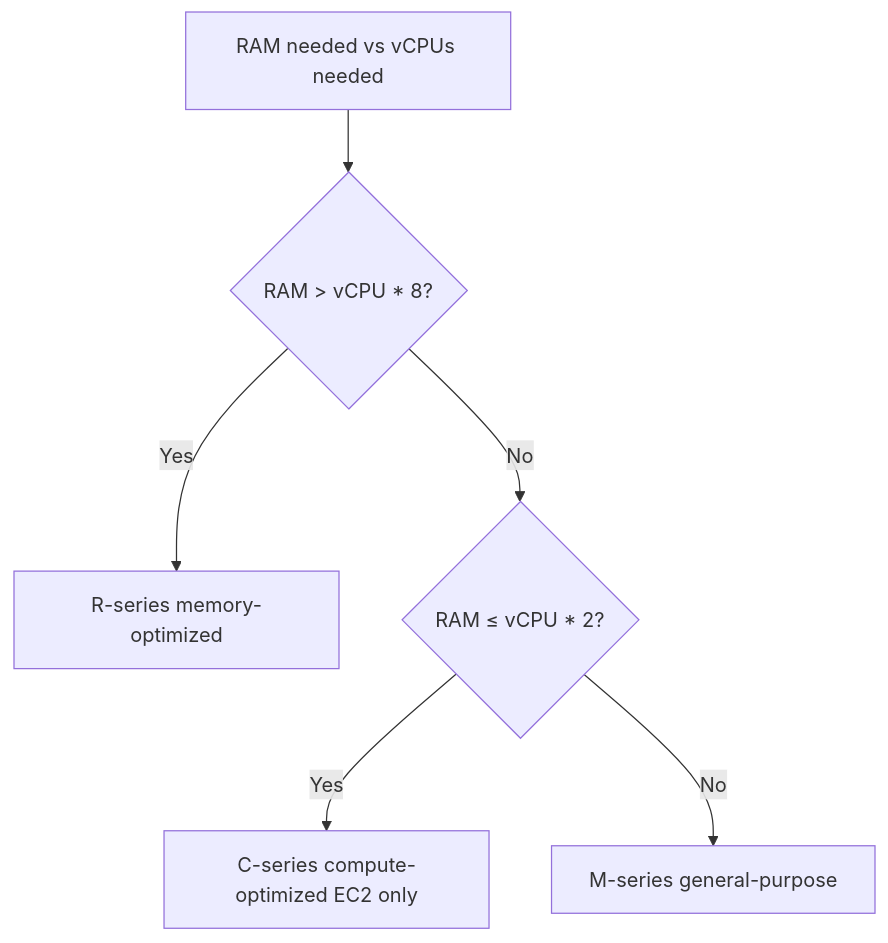
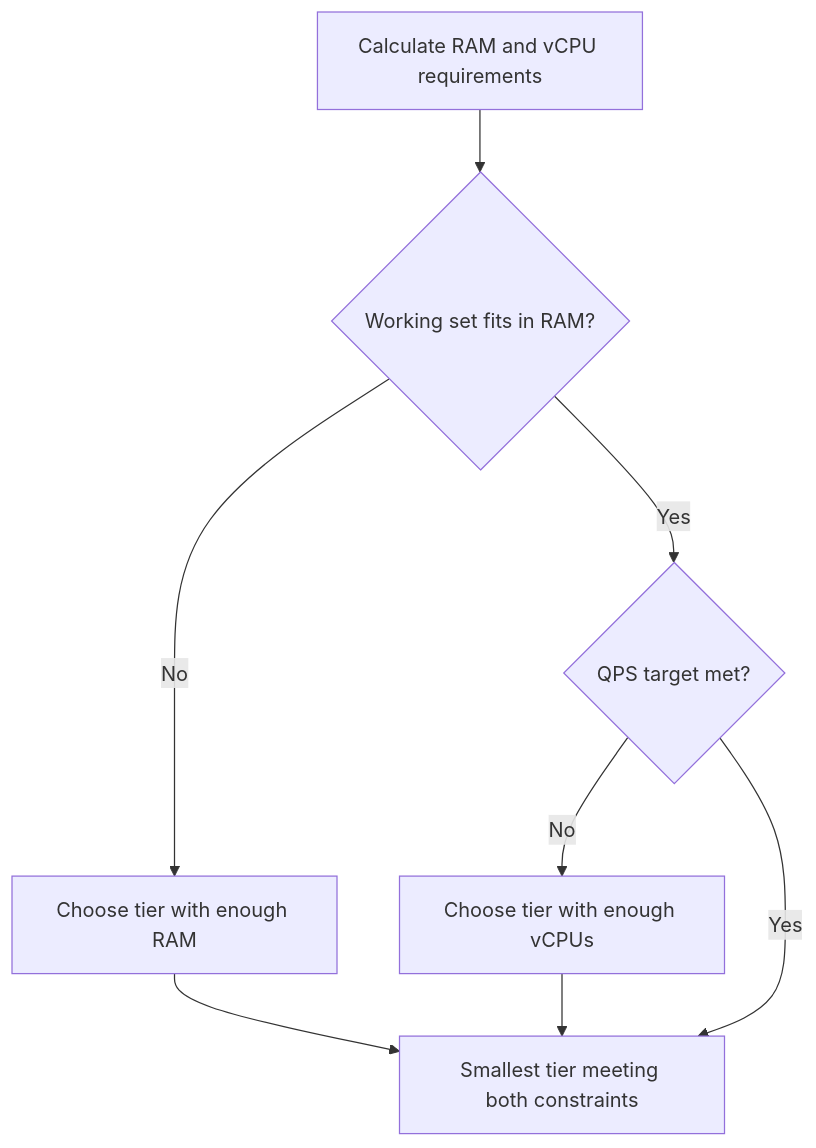
The third of 3 diagrams in pgvector-field-guide.md (dventimisupabase/congenial-umbrella), drawn with Mermaid before and after one commit. The commit also changed other lines of this file and 3 other files, not shown here.

````diff
--- a/pgvector-field-guide.md
+++ b/pgvector-field-guide.md
@@ -354,8 +344,10 @@
 ```mermaid
 flowchart TD
-    A[RAM needed vs vCPUs needed] --> B{RAM > vCPU * 8?}
-    B -->|Yes| C[R-series memory-optimized]
-    B -->|No| D{RAM ≤ vCPU * 2?}
-    D -->|Yes| E[C-series compute-optimized EC2 only]
-    D -->|No| F[M-series general-purpose]
+    A[Calculate RAM and vCPU requirements] --> B{Working set fits in RAM?}
+    B -->|No| C[Choose tier with enough RAM]
+    B -->|Yes| D{QPS target met?}
+    D -->|No| E[Choose tier with enough vCPUs]
+    D -->|Yes| F[Smallest tier meeting both constraints]
+    C --> F
+    E --> F
 ```
````
